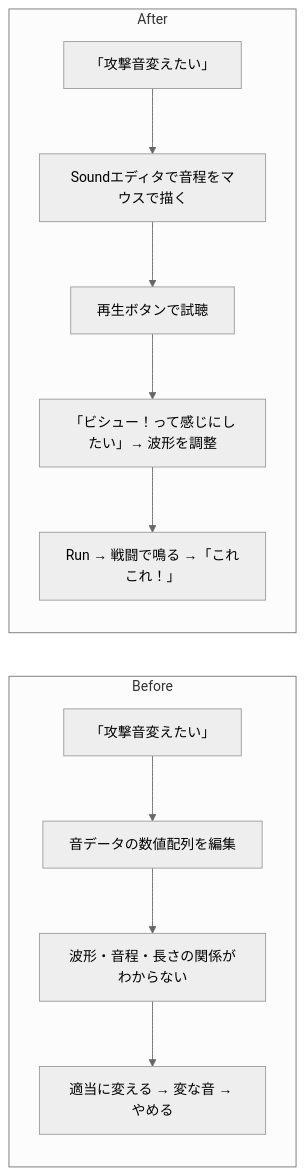
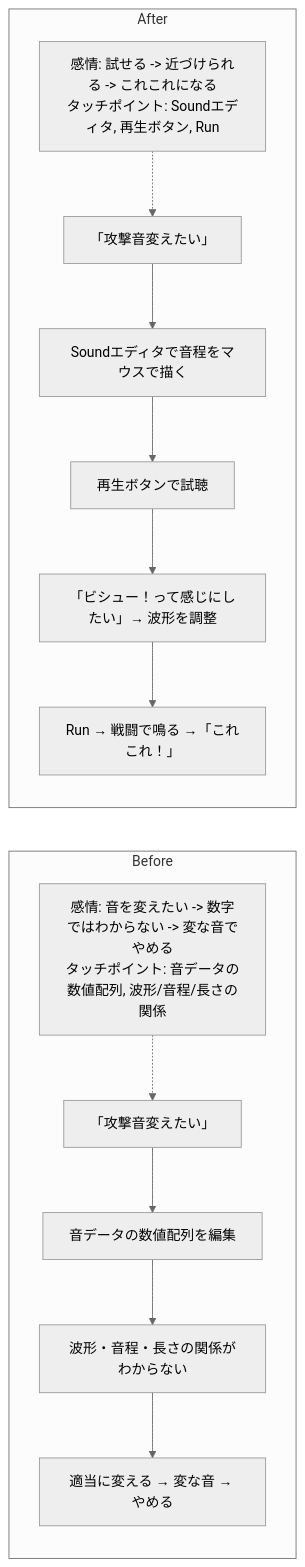
Before and after one commit to tatsuro-ueda/code-quest-pyxel: the ninth of 42 diagrams in docs/product-requirements/customer-journeys.md, drawn with Mermaid (neutral theme). The commit also changed other lines of this file and 23 other files, not shown here.

````diff
--- a/docs/product-requirements/customer-journeys.md
+++ b/docs/product-requirements/customer-journeys.md
@@ -171,14 +205,18 @@
 ```mermaid
 flowchart LR
     subgraph Before["Before"]
+        BM["感情: 音を変えたい -> 数字ではわからない -> 変な音でやめる<br/>タッチポイント: 音データの数値配列, 波形/音程/長さの関係"]
+        BM -.-> B1
         B1[「攻撃音変えたい」] --> B2[音データの数値配列を編集]
         B2 --> B3[波形・音程・長さの関係がわからない]
         B3 --> B4[適当に変える → 変な音 → やめる]
     end
     subgraph After["After"]
+        AM["感情: 試せる -> 近づけられる -> これこれになる<br/>タッチポイント: Soundエディタ, 再生ボタン, Run"]
+        AM -.-> A1
         A1[「攻撃音変えたい」] --> A2[Soundエディタで音程をマウスで描く]
         A2 --> A3[再生ボタンで試聴]
         A3 --> A4[「ビシュー！って感じにしたい」→ 波形を調整]
         A4 --> A5[Run → 戦闘で鳴る →「これこれ！」]
     end
 ```
````
